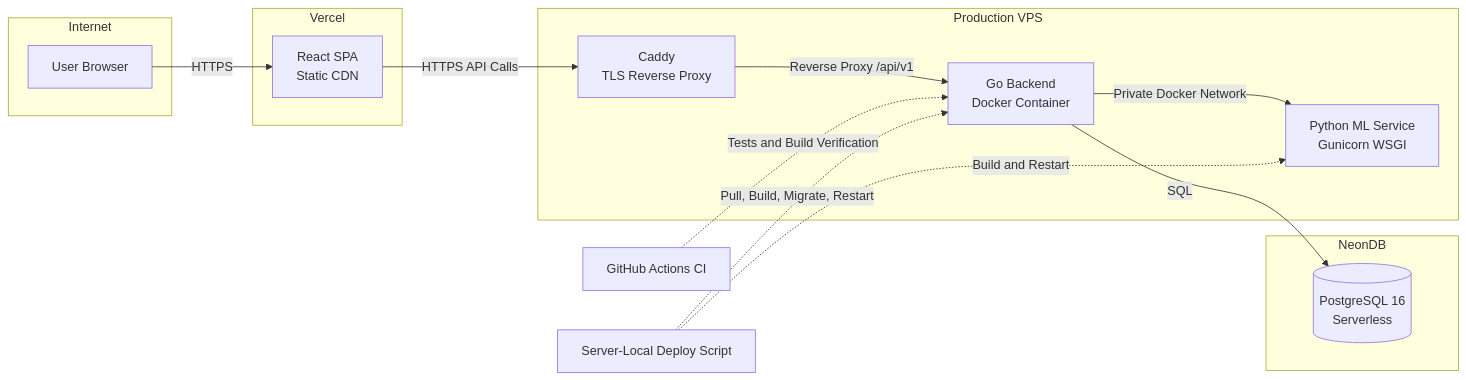
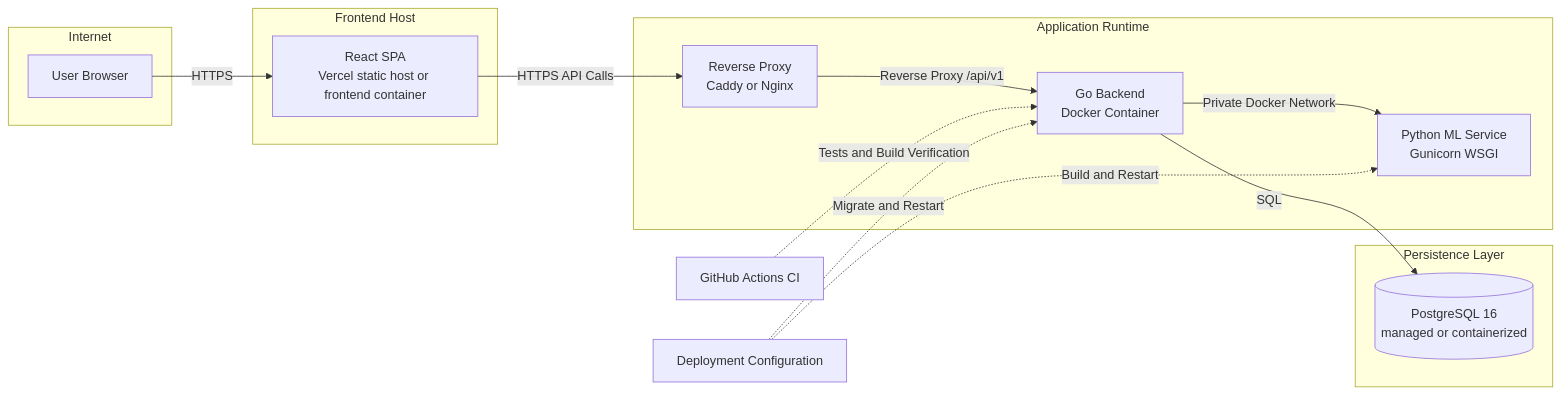
The seventh of 7 diagrams in docs/07-research/thesis-drafts/ch3+4.md (Skufu/DianaV2), drawn with Mermaid before and after one commit. The commit also changed other lines of this file and 22 other files, not shown here.

````diff
--- a/docs/07-research/thesis-drafts/ch3+4.md
+++ b/docs/07-research/thesis-drafts/ch3+4.md
@@ -1119,30 +1143,30 @@
 ```mermaid
 graph LR
     subgraph Internet
         A[User Browser]
     end
 
-    subgraph Vercel
-        B[React SPA<br/>Static CDN]
+    subgraph FrontendHost["Frontend Host"]
+        B[React SPA<br/>Vercel static host or frontend container]
     end
 
-    subgraph VPS["Production VPS"]
-        P[Caddy<br/>TLS Reverse Proxy]
+    subgraph Runtime["Application Runtime"]
+        P[Reverse Proxy<br/>Caddy or Nginx]
         C[Go Backend<br/>Docker Container]
         D[Python ML Service<br/>Gunicorn WSGI]
     end
 
-    subgraph NeonDB
-        F[(PostgreSQL 16<br/>Serverless)]
+    subgraph DataLayer["Persistence Layer"]
+        F[(PostgreSQL 16<br/>managed or containerized)]
     end
 
     A -->|HTTPS| B
     B -->|HTTPS API Calls| P
     P -->|Reverse Proxy /api/v1| C
     C -->|Private Docker Network| D
     C -->|SQL| F
 
     G[GitHub Actions CI] -.->|Tests and Build Verification| C
-    H[Server-Local Deploy Script] -.->|Pull, Build, Migrate, Restart| C
+    H[Deployment Configuration] -.->|Migrate and Restart| C
     H -.->|Build and Restart| D
 ```
````
